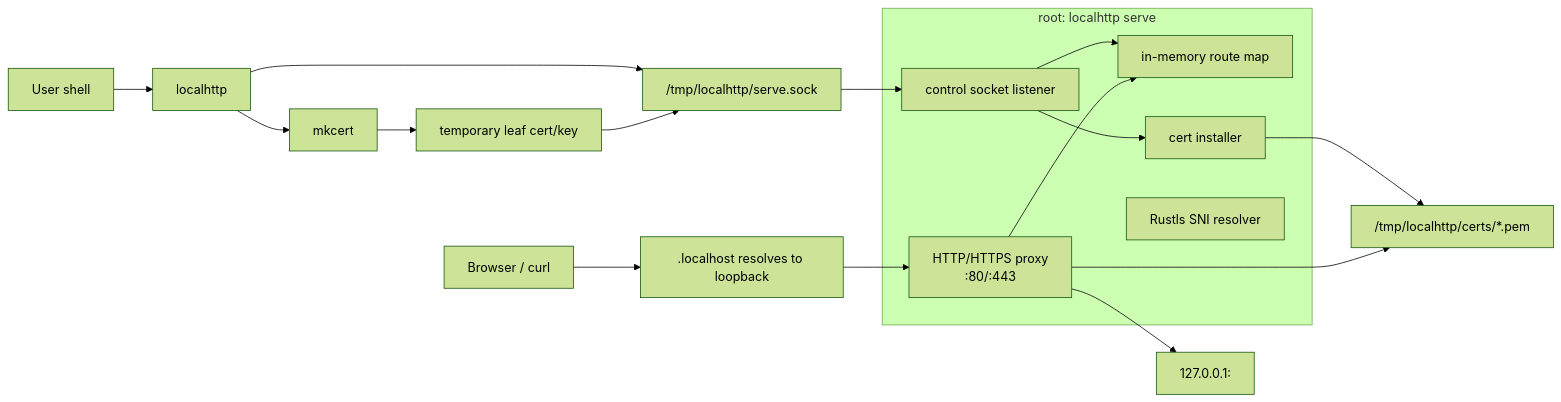
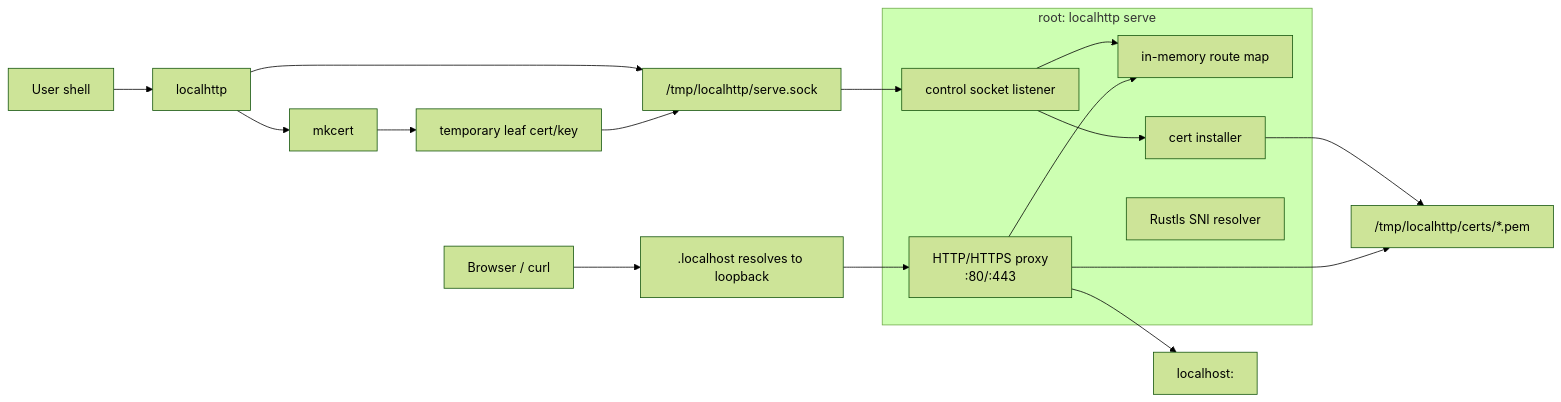
Before and after one commit to whazor/localhttp: the first of 4 diagrams in ARCHITECTURE.md, drawn with Mermaid (forest theme). The commit also changed other lines of this file and 8 other files, not shown here.

````diff
--- a/ARCHITECTURE.md
+++ b/ARCHITECTURE.md
@@ -8,27 +8,27 @@
 ```mermaid
 flowchart LR
     User["User shell"] --> CLI["localhttp <app-name>"]
     CLI --> Control["/tmp/localhttp/serve.sock"]
     CLI --> Mkcert["mkcert"]
     Mkcert --> TempCert["temporary leaf cert/key"]
     TempCert --> Control
 
     subgraph Serve["root: localhttp serve"]
         Socket["control socket listener"]
         Routes["in-memory route map"]
         Proxy["HTTP/HTTPS proxy<br/>:80/:443"]
         Installer["cert installer"]
         Resolver["Rustls SNI resolver"]
     end
 
     Control --> Socket
     Socket --> Routes
     Socket --> Installer
     Installer --> Certs["/tmp/localhttp/certs/*.pem"]
     Proxy --> Routes
     Proxy --> Certs
-    Proxy --> Backend["127.0.0.1:<registered-port>"]
+    Proxy --> Backend["localhost:<registered-port>"]
 
     Browser["Browser / curl"] --> DNS["<app>.localhost resolves to loopback"]
     DNS --> Proxy
 ```
````
